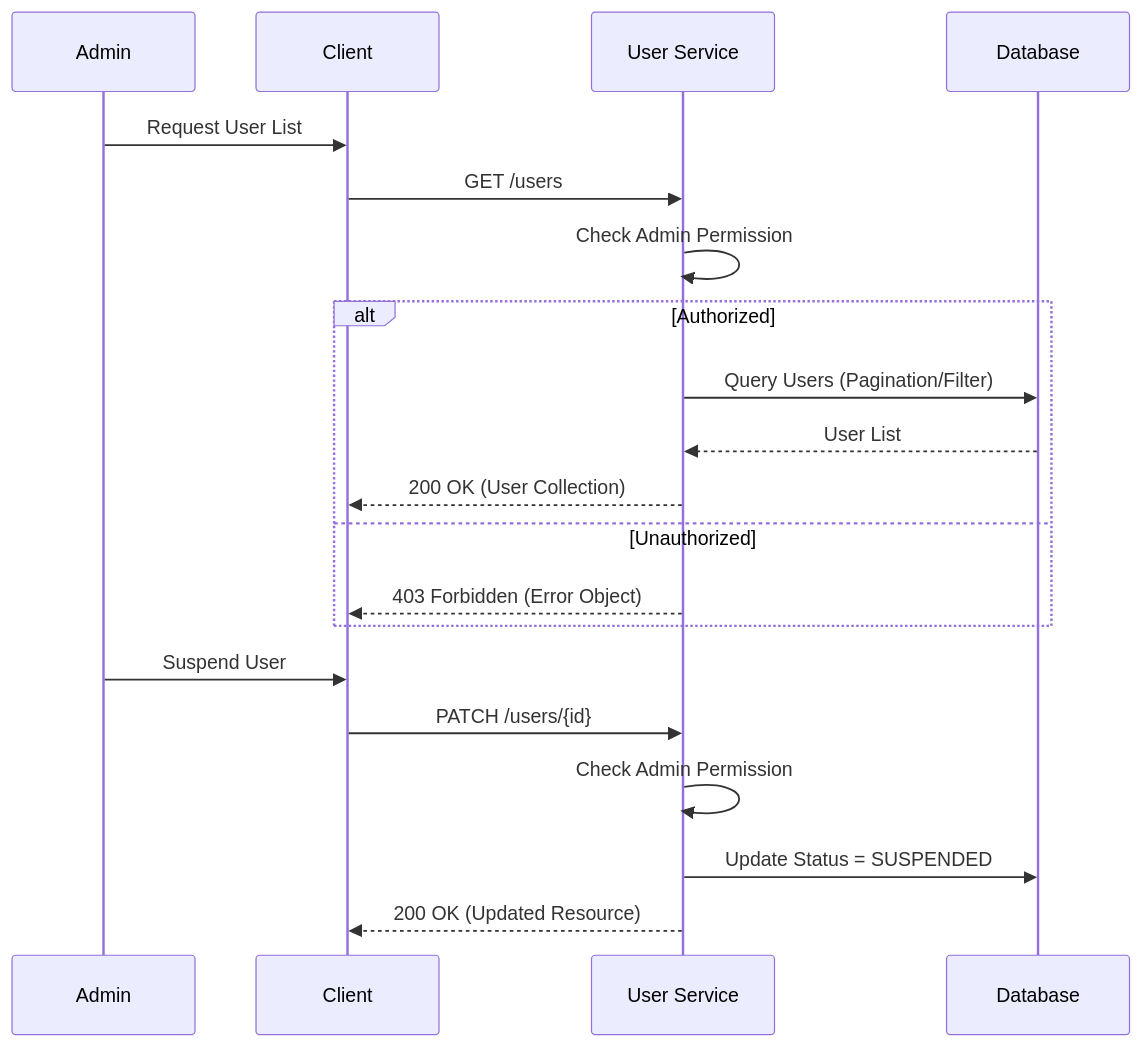
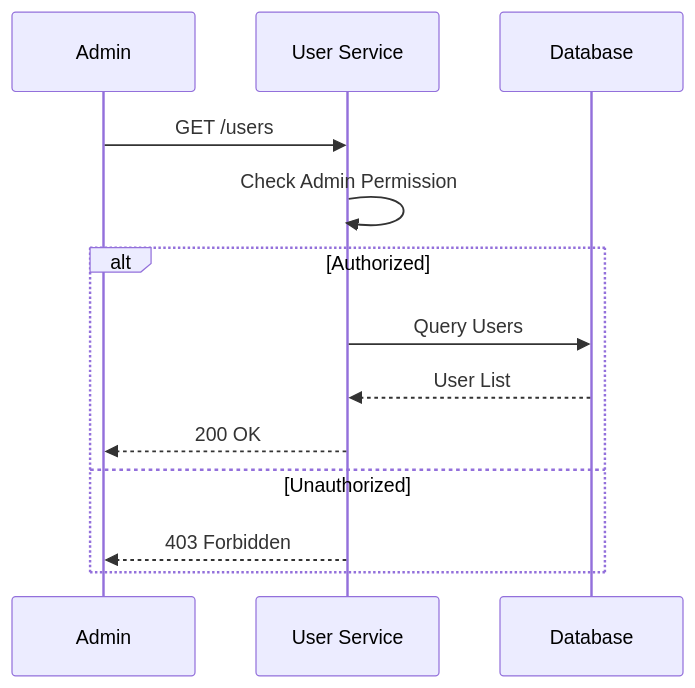
One commit to vheins/vibe-coding-template changed the diagram in .agent/documents/application/modules/iam-security/user-management.md. Above: the diagram before and after it, drawn with Mermaid. The commit also changed other lines of this file and 2 other files, not shown here.

````diff
--- a/.agent/documents/application/modules/iam-security/user-management.md
+++ b/.agent/documents/application/modules/iam-security/user-management.md
@@ -64,24 +24,16 @@
 ```mermaid
 sequenceDiagram
     participant Admin
-    participant Client
     participant API as User Service
     participant DB as Database
 
-    Admin->>Client: Request User List
-    Client->>API: GET /users
+    Admin->>API: GET /users
     API->>API: Check Admin Permission
     alt Authorized
-        API->>DB: Query Users (Pagination/Filter)
+        API->>DB: Query Users
         DB-->>API: User List
-        API-->>Client: 200 OK (User Collection)
+        API-->>Admin: 200 OK
     else Unauthorized
-        API-->>Client: 403 Forbidden (Error Object)
+        API-->>Admin: 403 Forbidden
     end
-
-    Admin->>Client: Suspend User
-    Client->>API: PATCH /users/{id}
-    API->>API: Check Admin Permission
-    API->>DB: Update Status = SUSPENDED
-    API-->>Client: 200 OK (Updated Resource)
 ```
````
